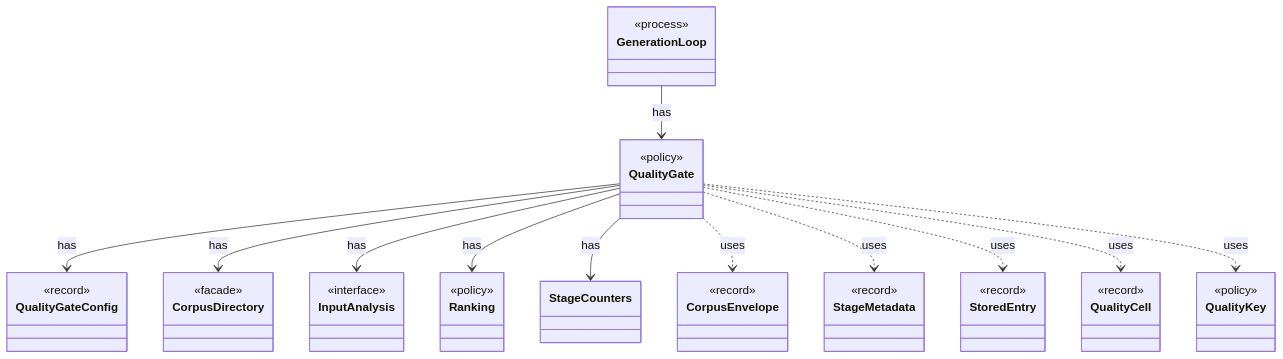
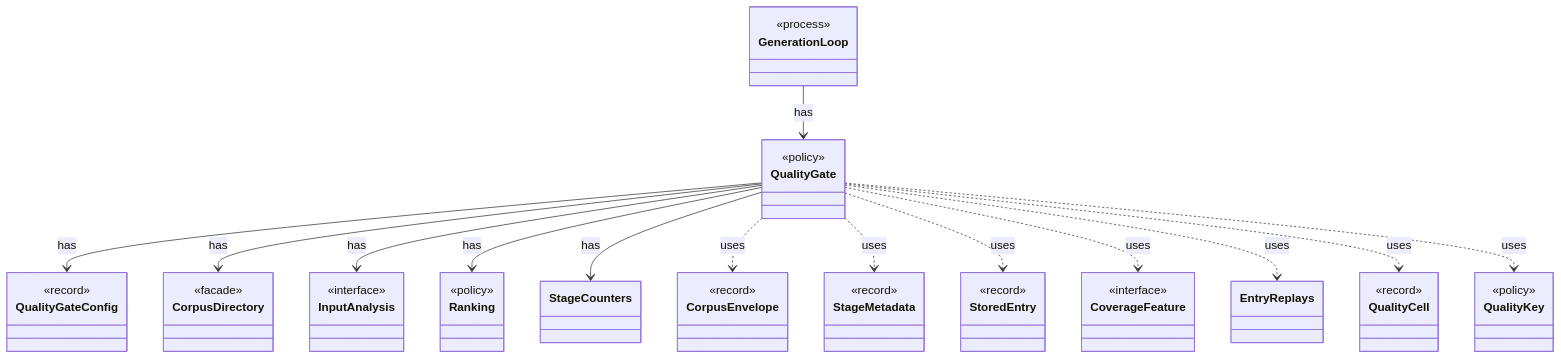
Before and after one commit to tlaplus/model-checker-hardening: the diagram in dev/types/io.github.tlaplus.hardening.workflow.quality.QualityGate.md, drawn with Mermaid. The commit also changed other lines of this file and 410 other files, not shown here.

````diff
--- a/dev/types/io.github.tlaplus.hardening.workflow.quality.QualityGate.md
+++ b/dev/types/io.github.tlaplus.hardening.workflow.quality.QualityGate.md
@@ -9,48 +9,54 @@
 ```mermaid
 classDiagram
   class QualityGate {
     <<policy>>
   }
   class QualityGateConfig {
     <<record>>
   }
   class CorpusDirectory {
     <<facade>>
   }
   class InputAnalysis {
     <<interface>>
   }
   class Ranking {
     <<policy>>
   }
   class StageCounters
   class GenerationLoop {
     <<process>>
   }
   class CorpusEnvelope {
     <<record>>
   }
   class StageMetadata {
     <<record>>
   }
   class StoredEntry {
     <<record>>
   }
+  class CoverageFeature {
+    <<interface>>
+  }
+  class EntryReplays
   class QualityCell {
     <<record>>
   }
   class QualityKey {
     <<policy>>
   }
   QualityGate --> QualityGateConfig : has
   QualityGate --> CorpusDirectory : has
   QualityGate --> InputAnalysis : has
   QualityGate --> Ranking : has
   QualityGate --> StageCounters : has
   GenerationLoop --> QualityGate : has
   QualityGate ..> CorpusEnvelope : uses
   QualityGate ..> StageMetadata : uses
   QualityGate ..> StoredEntry : uses
+  QualityGate ..> CoverageFeature : uses
+  QualityGate ..> EntryReplays : uses
   QualityGate ..> QualityCell : uses
   QualityGate ..> QualityKey : uses
 ```
````
